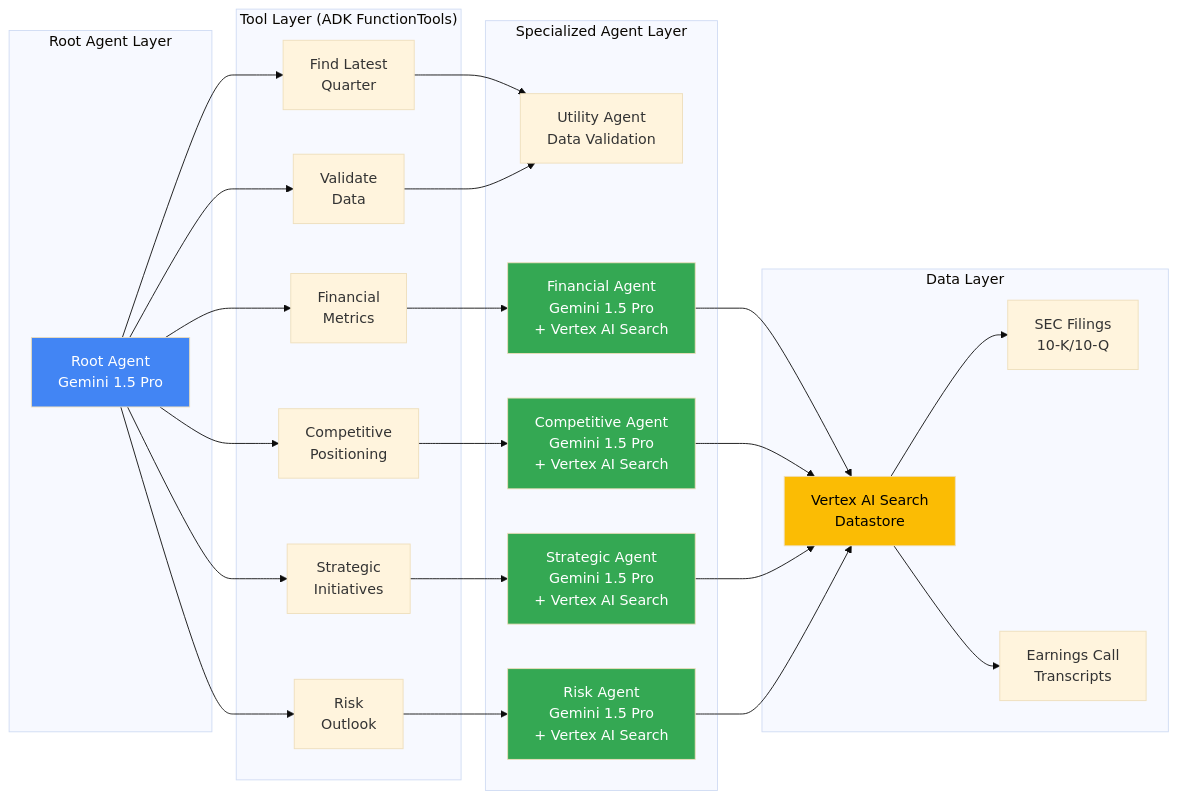
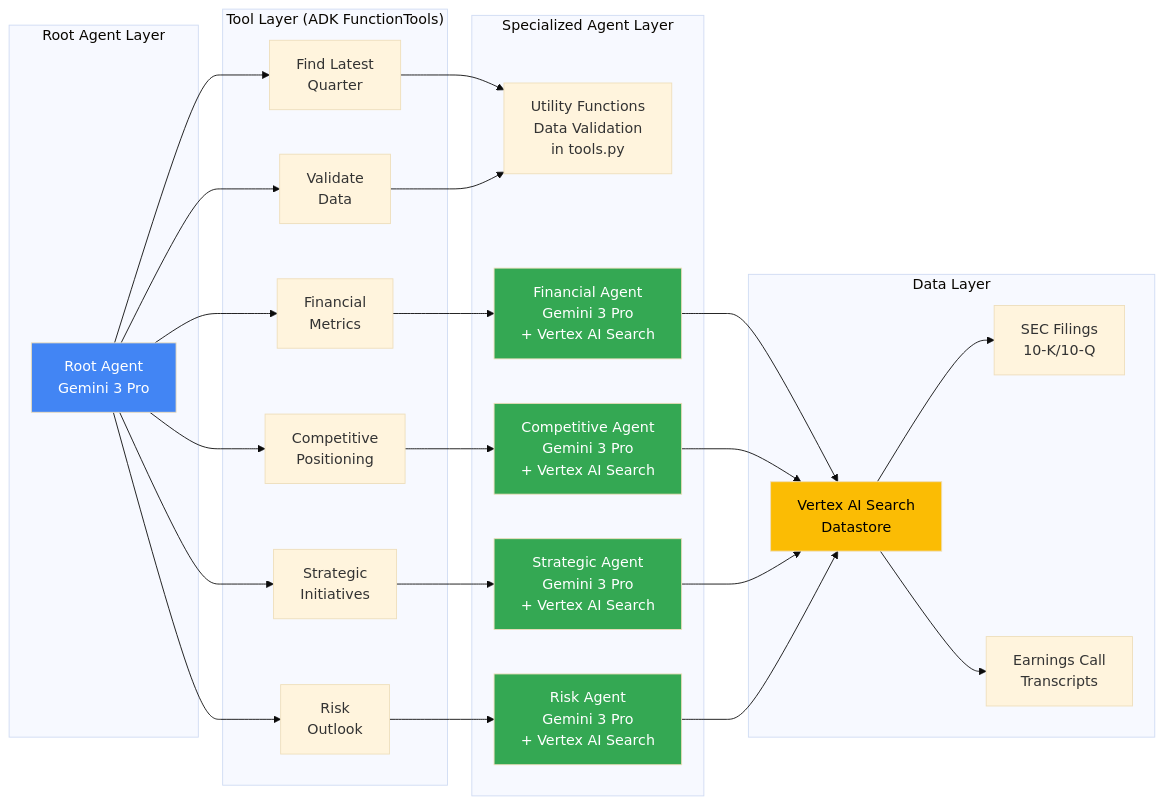
One commit to tgrady101/Insurance_AI_POC changed the fifth of 11 diagrams in ARCHITECTURE_FLOW.md. Above: the diagram before and after it, drawn with Mermaid (base theme). The commit also changed other lines of this file and 5 other files, not shown here.

````diff
--- a/ARCHITECTURE_FLOW.md
+++ b/ARCHITECTURE_FLOW.md
@@ -260,45 +260,45 @@
 ```mermaid
 graph LR
     subgraph "Root Agent Layer"
-        Root[Root Agent<br/>Gemini 1.5 Pro]
+        Root[Root Agent<br/>Gemini 3 Pro]
     end
     
     subgraph "Tool Layer (ADK FunctionTools)"
         T1[Find Latest<br/>Quarter]
         T2[Validate<br/>Data]
         T3[Financial<br/>Metrics]
         T4[Competitive<br/>Positioning]
         T5[Strategic<br/>Initiatives]
         T6[Risk<br/>Outlook]
     end
     
     subgraph "Specialized Agent Layer"
-        U[Utility Agent<br/>Data Validation]
-        F[Financial Agent<br/>Gemini 1.5 Pro<br/>+ Vertex AI Search]
-        C[Competitive Agent<br/>Gemini 1.5 Pro<br/>+ Vertex AI Search]
-        S[Strategic Agent<br/>Gemini 1.5 Pro<br/>+ Vertex AI Search]
-        R[Risk Agent<br/>Gemini 1.5 Pro<br/>+ Vertex AI Search]
+        U[Utility Functions<br/>Data Validation<br/>in tools.py]
+        F[Financial Agent<br/>Gemini 3 Pro<br/>+ Vertex AI Search]
+        C[Competitive Agent<br/>Gemini 3 Pro<br/>+ Vertex AI Search]
+        S[Strategic Agent<br/>Gemini 3 Pro<br/>+ Vertex AI Search]
+        R[Risk Agent<br/>Gemini 3 Pro<br/>+ Vertex AI Search]
     end
     
     subgraph "Data Layer"
         DS[Vertex AI Search<br/>Datastore]
         SEC[SEC Filings<br/>10-K/10-Q]
         EC[Earnings Call<br/>Transcripts]
     end
     
     Root --> T1 & T2 & T3 & T4 & T5 & T6
     T1 & T2 --> U
     T3 --> F
     T4 --> C
     T5 --> S
     T6 --> R
     F & C & S & R --> DS
     DS --> SEC & EC
     
     style Root fill:#4285f4,color:#fff
     style F fill:#34a853,color:#fff
     style C fill:#34a853,color:#fff
     style S fill:#34a853,color:#fff
     style R fill:#34a853,color:#fff
     style DS fill:#fbbc04,color:#000
 ```
````
